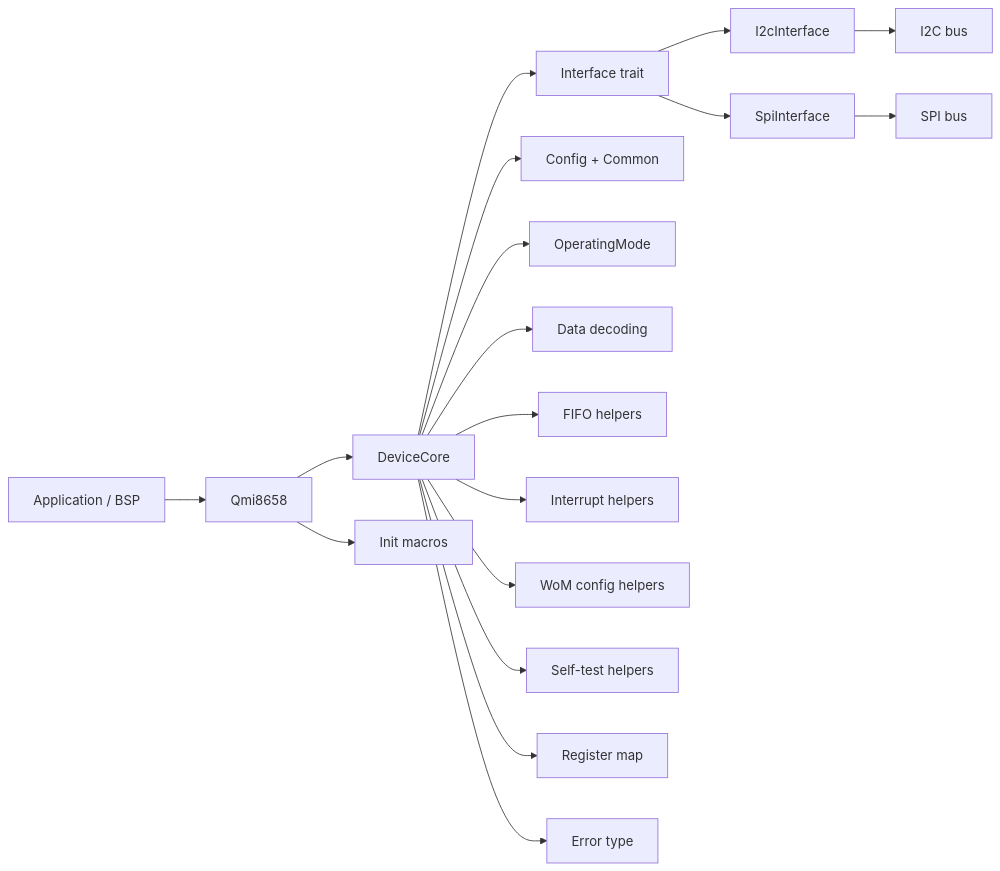
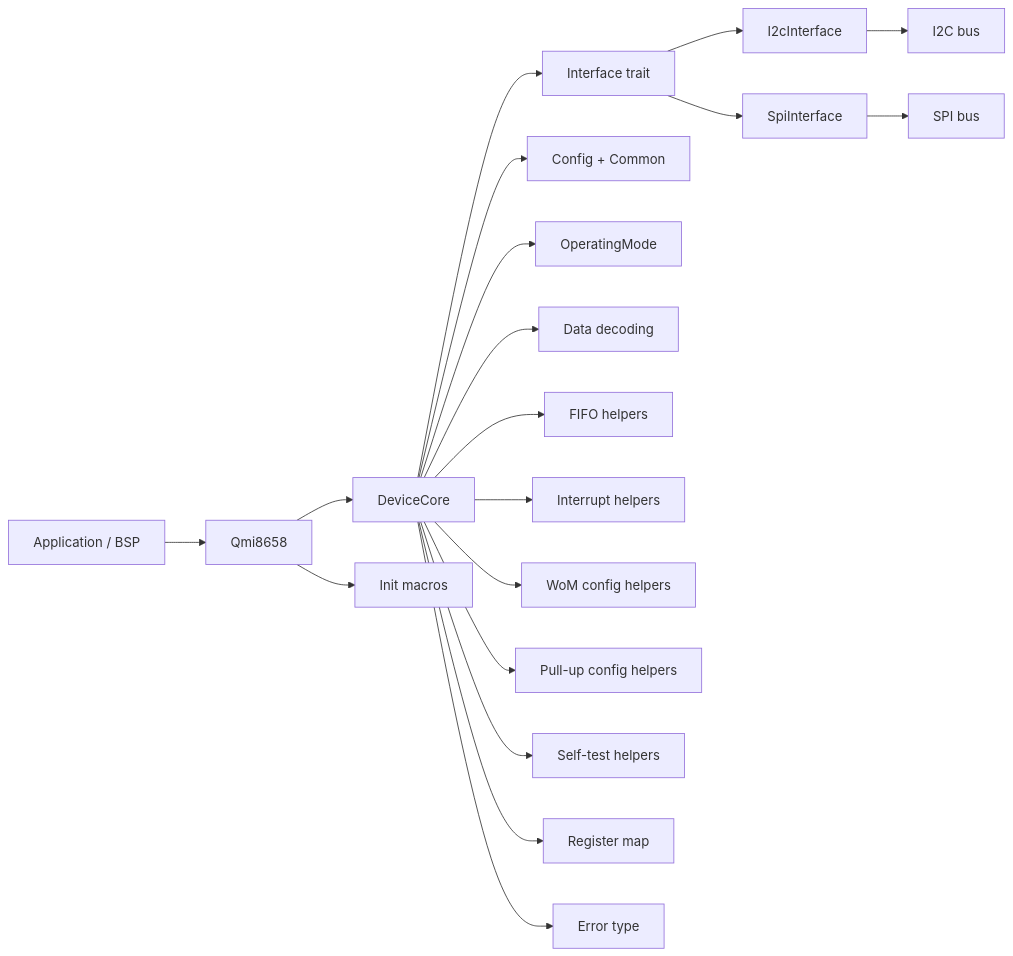
Before and after one commit to photon-circus/ph-qmi8658-imu: the first of 5 diagrams in crates/qmi8658/ARCHITECTURE.md, drawn with Mermaid. The commit also changed other lines of this file and 10 other files, not shown here.

````diff
--- a/crates/qmi8658/ARCHITECTURE.md
+++ b/crates/qmi8658/ARCHITECTURE.md
@@ -19,22 +23,23 @@
 ```mermaid
 graph LR
   App[Application / BSP] --> Driver[Qmi8658]
   Driver --> Core[DeviceCore]
   Core --> Interface[Interface trait]
   Interface --> I2cI[I2cInterface]
   Interface --> SpiI[SpiInterface]
   I2cI --> Bus[I2C bus]
   SpiI --> SpiBus[SPI bus]
 
   Core --> Config[Config + Common]
   Core --> Mode[OperatingMode]
   Core --> Data[Data decoding]
   Core --> Fifo[FIFO helpers]
   Core --> Interrupt[Interrupt helpers]
   Core --> WoM[WoM config helpers]
+  Core --> Pull[Pull-up config helpers]
   Core --> SelfTest[Self-test helpers]
   Core --> Register[Register map]
   Core --> Error[Error type]
 
   Driver --> Macros[Init macros]
 ```
````
